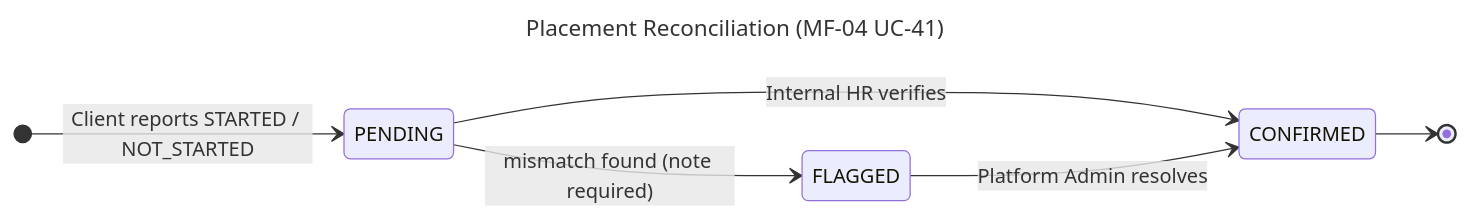
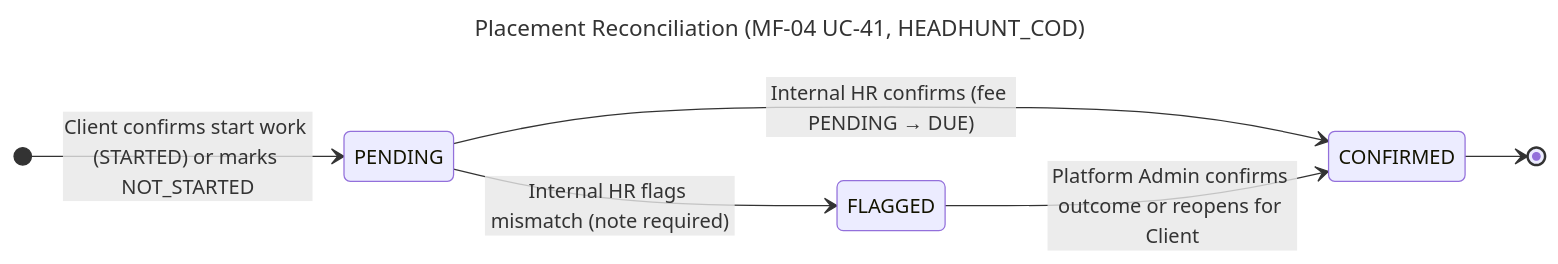
Before and after one commit to hoangqui794/hr-connect: the diagram in docs/diagrams/state-machines/source/sm-placement-reconciliation.mmd, drawn with Mermaid. The commit also changed 20 other files, not shown here.

First line of the commit message:
docs(diagrams): add placement reconciliation to MF-04/MF-05 diagrams and Report 4

```diff
--- a/docs/diagrams/state-machines/source/sm-placement-reconciliation.mmd
+++ b/docs/diagrams/state-machines/source/sm-placement-reconciliation.mmd
@@ -1,10 +1,10 @@
 ---
-title: Placement Reconciliation (MF-04 UC-41)
+title: Placement Reconciliation (MF-04 UC-41, HEADHUNT_COD)
 ---
 stateDiagram-v2
   direction LR
-  [*] --> PENDING : Client reports STARTED / NOT_STARTED
-  PENDING --> CONFIRMED : Internal HR verifies
-  PENDING --> FLAGGED : mismatch found (note required)
-  FLAGGED --> CONFIRMED : Platform Admin resolves
+  [*] --> PENDING : Client confirms start work (STARTED) or marks NOT_STARTED
+  PENDING --> CONFIRMED : Internal HR confirms (fee PENDING → DUE)
+  PENDING --> FLAGGED : Internal HR flags mismatch (note required)
+  FLAGGED --> CONFIRMED : Platform Admin confirms outcome or reopens for Client
   CONFIRMED --> [*]
```
